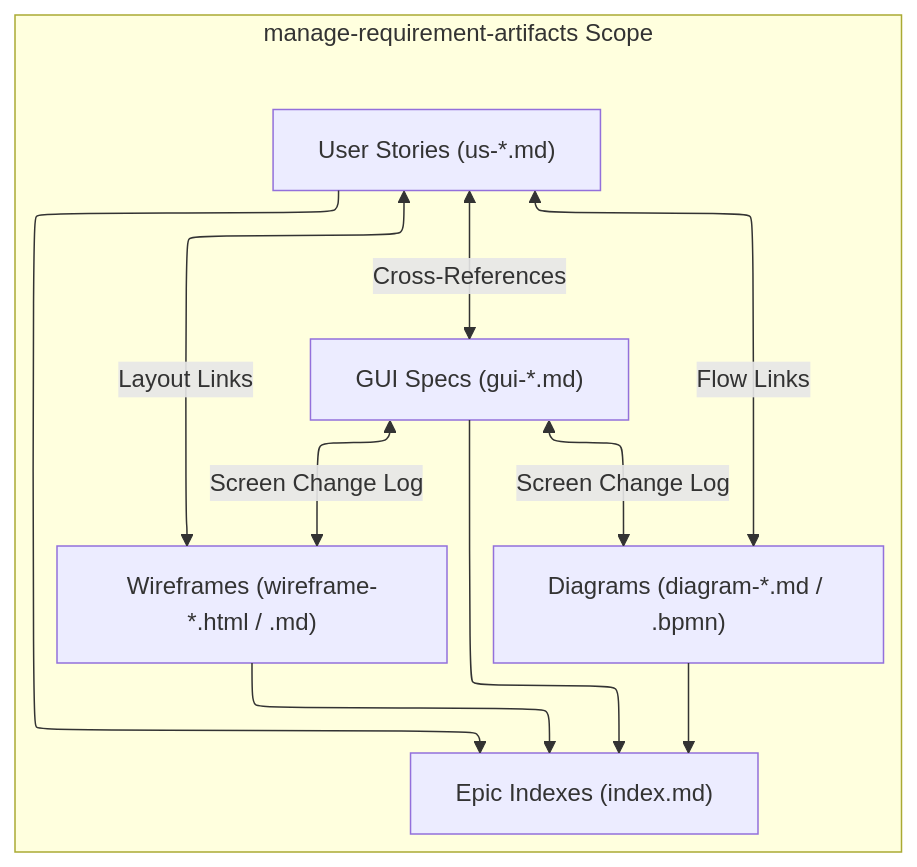
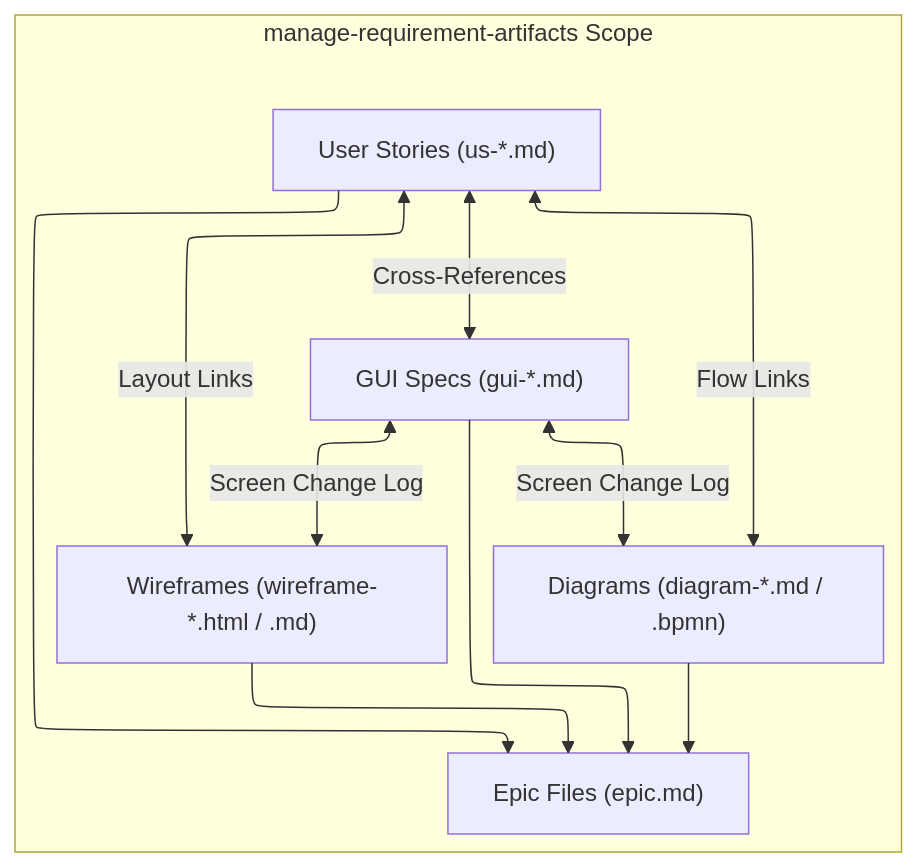
Before and after one commit to khanhchungoc/email-finance-tracker: the diagram in .github/skills/manage-requirement-artifacts/SKILL.md, drawn with Mermaid. The commit also changed other lines of this file and 26 other files, not shown here.

````diff
--- a/.github/skills/manage-requirement-artifacts/SKILL.md
+++ b/.github/skills/manage-requirement-artifacts/SKILL.md
@@ -20,16 +20,16 @@
 ```mermaid
 %%{init: {"flowchart": {"defaultRenderer": "elk"}}}%%
 flowchart TD
     subgraph MRA_Scope ["manage-requirement-artifacts Scope"]
         US["User Stories (us-*.md)"] <-->|"Cross-References"| GUI["GUI Specs (gui-*.md)"]
         US <-->|"Flow Links"| DIAG_F["Diagrams (diagram-*.md / .bpmn)"]
         US <-->|"Layout Links"| WF_F["Wireframes (wireframe-*.html / .md)"]
         GUI <-->|"Screen Change Log"| DIAG_F
         GUI <-->|"Screen Change Log"| WF_F
         
-        US --> IDX["Epic Indexes (index.md)"]
-        GUI --> IDX
-        DIAG_F --> IDX
-        WF_F --> IDX
+      US --> EPIC["Epic Files (epic.md)"]
+      GUI --> EPIC
+      DIAG_F --> EPIC
+      WF_F --> EPIC
     end
 ```
````
